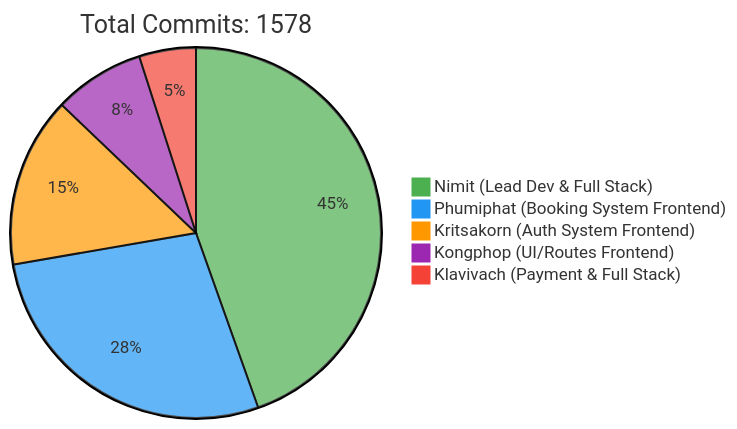
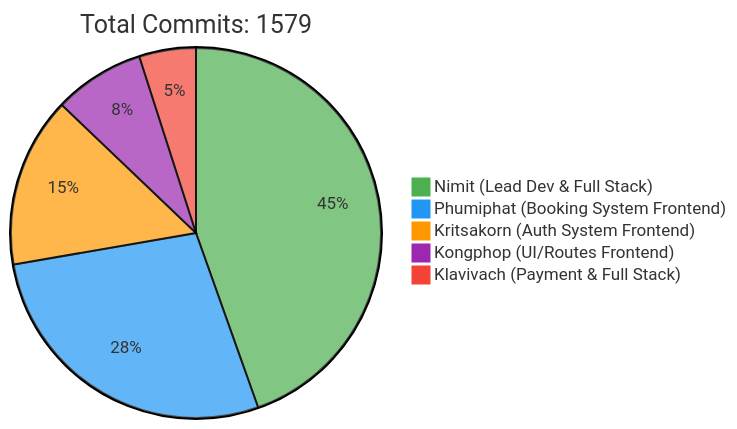
Before and after one commit to 6531503042/Sport-Complex: the first of 2 diagrams in README.md, drawn with Mermaid. The commit also changed other lines of this file, not shown here.

Commit message:
docs: Update contributor statistics [skip ci]

````diff
--- a/README.md
+++ b/README.md
@@ -257,10 +257,10 @@
 ```mermaid
 %%{init: {'theme': 'base', 'themeVariables': { 'pie1': '#4CAF50', 'pie2': '#2196F3', 'pie3': '#FF9800', 'pie4': '#9C27B0', 'pie5': '#F44336'}}}%%
 pie
-    title Total Commits: 1578
+    title Total Commits: 1579
     "Nimit (Lead Dev & Full Stack)" : 450
     "Phumiphat (Booking System Frontend)" : 280
     "Kritsakorn (Auth System Frontend)" : 150
     "Kongphop (UI/Routes Frontend)" : 80
     "Klavivach (Payment & Full Stack)" : 50
 ```
````
